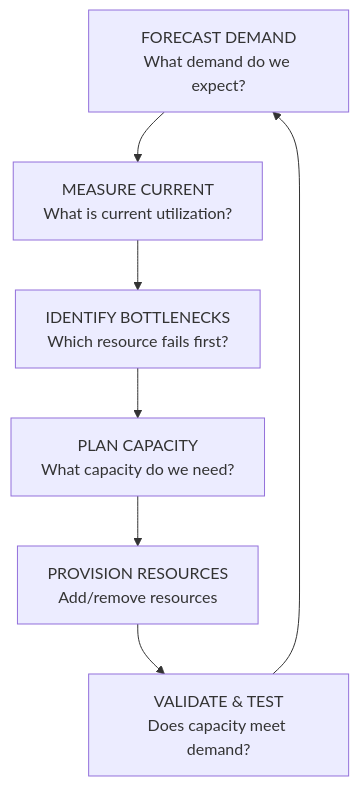
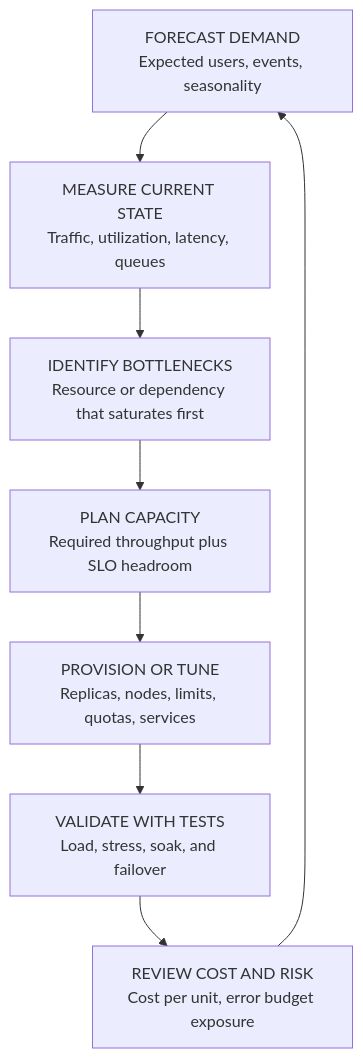
Before and after one commit to krisztiankoos/kubedojo: the first of 8 diagrams in src/content/docs/platform/disciplines/core-platform/sre/module-1.7-capacity-planning.md, drawn with Mermaid. The commit also changed other lines of this file, not shown here.

First line of the commit message:
quality(rewrite): codex rewrite platform-disciplines-core-platform-sre-module-1.7-capacity-planning (attempt 5d7e717db5ee)

````diff
--- a/src/content/docs/platform/disciplines/core-platform/sre/module-1.7-capacity-planning.md
+++ b/src/content/docs/platform/disciplines/core-platform/sre/module-1.7-capacity-planning.md
@@ -63,9 +51,10 @@
 ```mermaid
 flowchart TD
-    A[FORECAST DEMAND<br/>What demand do we expect?] --> B[MEASURE CURRENT<br/>What is current utilization?]
-    B --> C[IDENTIFY BOTTLENECKS<br/>Which resource fails first?]
-    C --> D[PLAN CAPACITY<br/>What capacity do we need?]
-    D --> E[PROVISION RESOURCES<br/>Add/remove resources]
-    E --> F[VALIDATE & TEST<br/>Does capacity meet demand?]
-    F --> A
+    A[FORECAST DEMAND<br/>Expected users, events, seasonality] --> B[MEASURE CURRENT STATE<br/>Traffic, utilization, latency, queues]
+    B --> C[IDENTIFY BOTTLENECKS<br/>Resource or dependency that saturates first]
+    C --> D[PLAN CAPACITY<br/>Required throughput plus SLO headroom]
+    D --> E[PROVISION OR TUNE<br/>Replicas, nodes, limits, quotas, services]
+    E --> F[VALIDATE WITH TESTS<br/>Load, stress, soak, and failover]
+    F --> G[REVIEW COST AND RISK<br/>Cost per unit, error budget exposure]
+    G --> A
 ```
````
